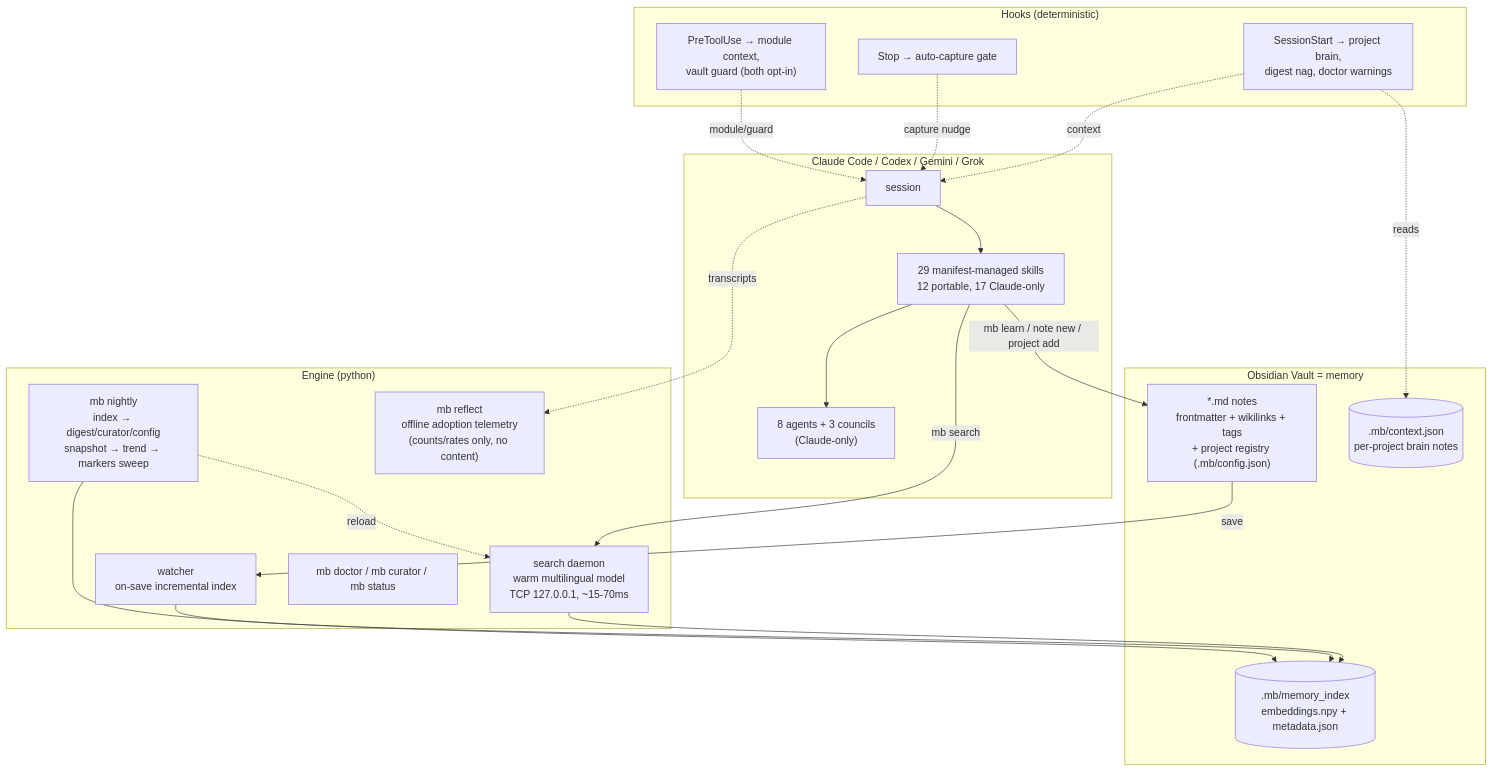
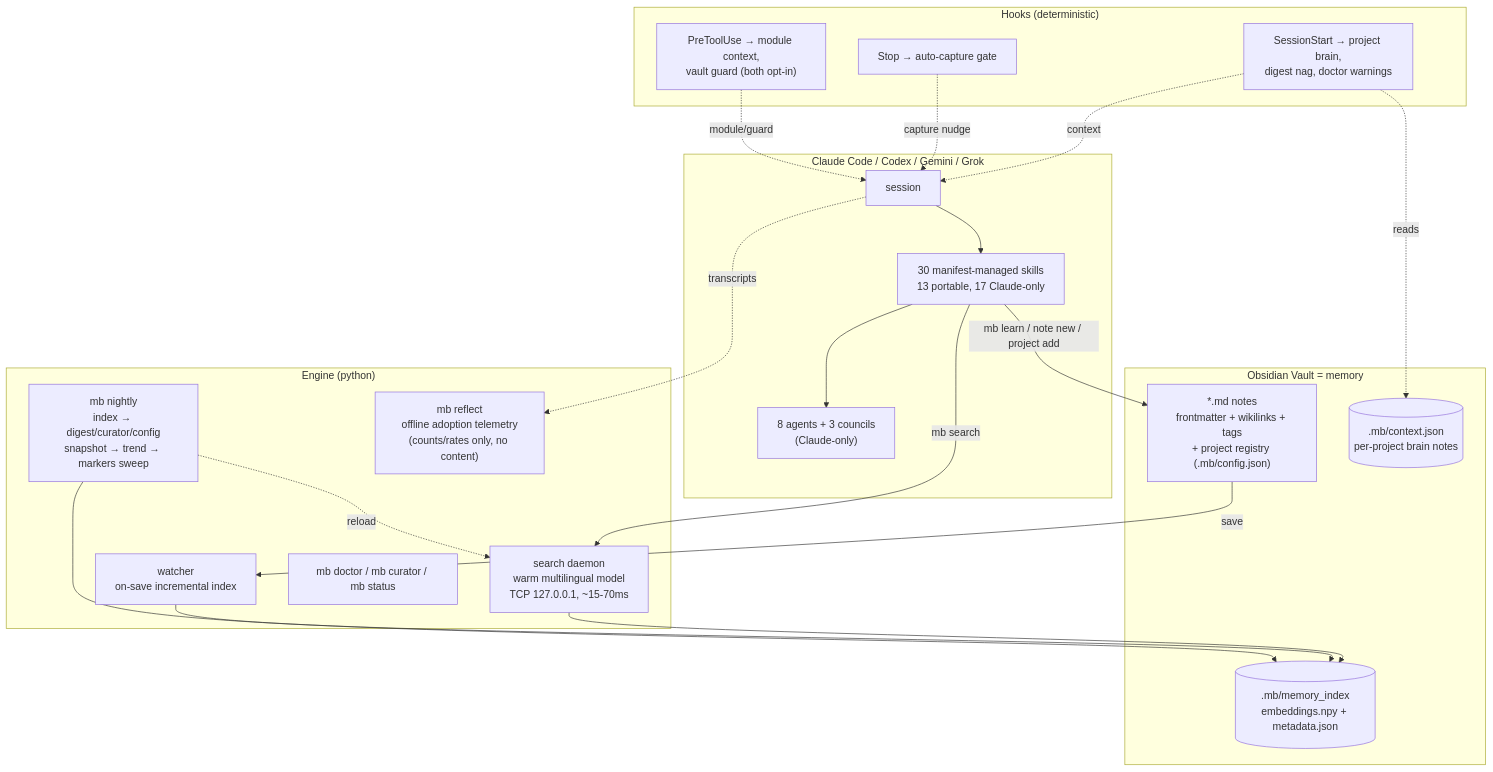
One commit to Kostik2702/singularity changed the diagram in README.md. Above: the diagram before and after it, drawn with Mermaid. The commit also changed other lines of this file and 54 other files, not shown here.

````diff
--- a/README.md
+++ b/README.md
@@ -32,37 +32,37 @@
 ```mermaid
 graph TB
     subgraph CC["Claude Code / Codex / Gemini / Grok"]
         MAIN["session"]
-        SK["29 manifest-managed skills<br/>12 portable, 17 Claude-only"]
+        SK["30 manifest-managed skills<br/>13 portable, 17 Claude-only"]
         AG["8 agents + 3 councils<br/>(Claude-only)"]
     end
     subgraph HOOKS["Hooks (deterministic)"]
         H1["SessionStart → project brain,<br/>digest nag, doctor warnings"]
         H2["Stop → auto-capture gate"]
         H3["PreToolUse → module context,<br/>vault guard (both opt-in)"]
     end
     subgraph ENGINE["Engine (python)"]
         D["search daemon<br/>warm multilingual model<br/>TCP 127.0.0.1, ~15-70ms"]
         W["watcher<br/>on-save incremental index"]
         NI["mb nightly<br/>index → digest/curator/config<br/>snapshot → trend → markers sweep"]
         DR["mb doctor / mb curator / mb status"]
         RF["mb reflect<br/>offline adoption telemetry<br/>(counts/rates only, no content)"]
     end
     subgraph VAULT["Obsidian Vault = memory"]
         NOTES["*.md notes<br/>frontmatter + wikilinks + tags<br/>+ project registry (.mb/config.json)"]
         IDX[(".mb/memory_index<br/>embeddings.npy + metadata.json")]
         CTX[(".mb/context.json<br/>per-project brain notes")]
     end
 
     H1 -.context.-> MAIN
     H2 -.capture nudge.-> MAIN
     H3 -.module/guard.-> MAIN
     MAIN --> SK --> AG
     SK -- "mb search" --> D --> IDX
     SK -- "mb learn / note new / project add" --> NOTES
     NOTES -- save --> W --> IDX
     NI --> IDX
     NI -.reload.-> D
     H1 -.reads.-> CTX
     MAIN -.transcripts.-> RF
 ```
````
